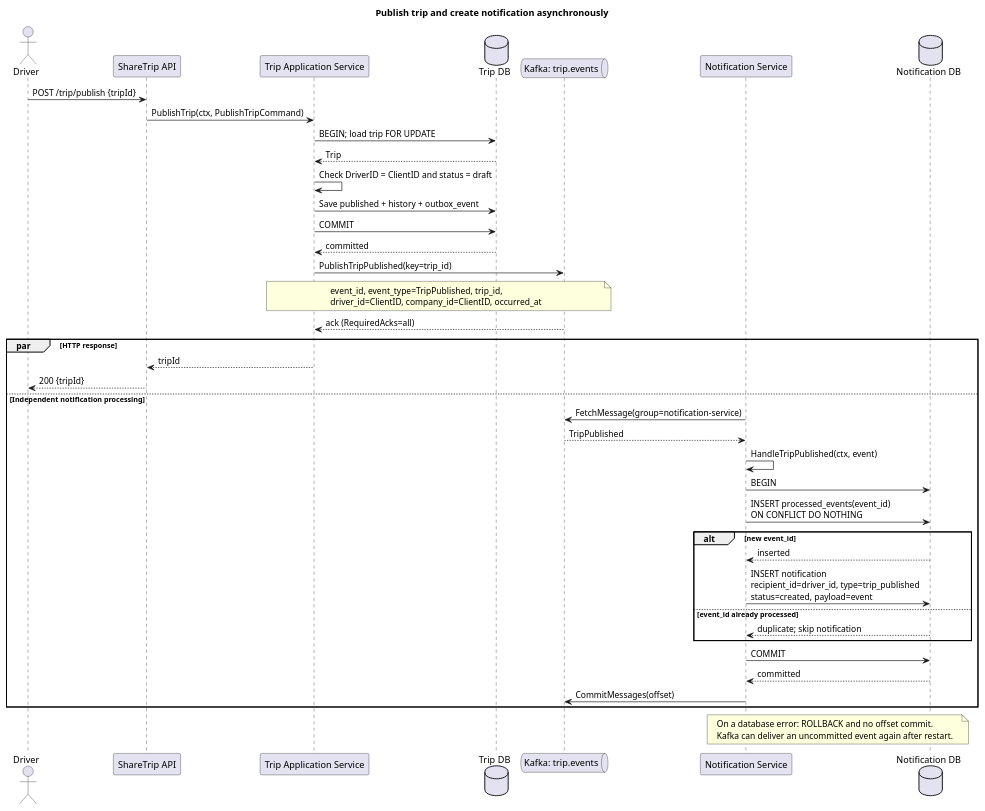
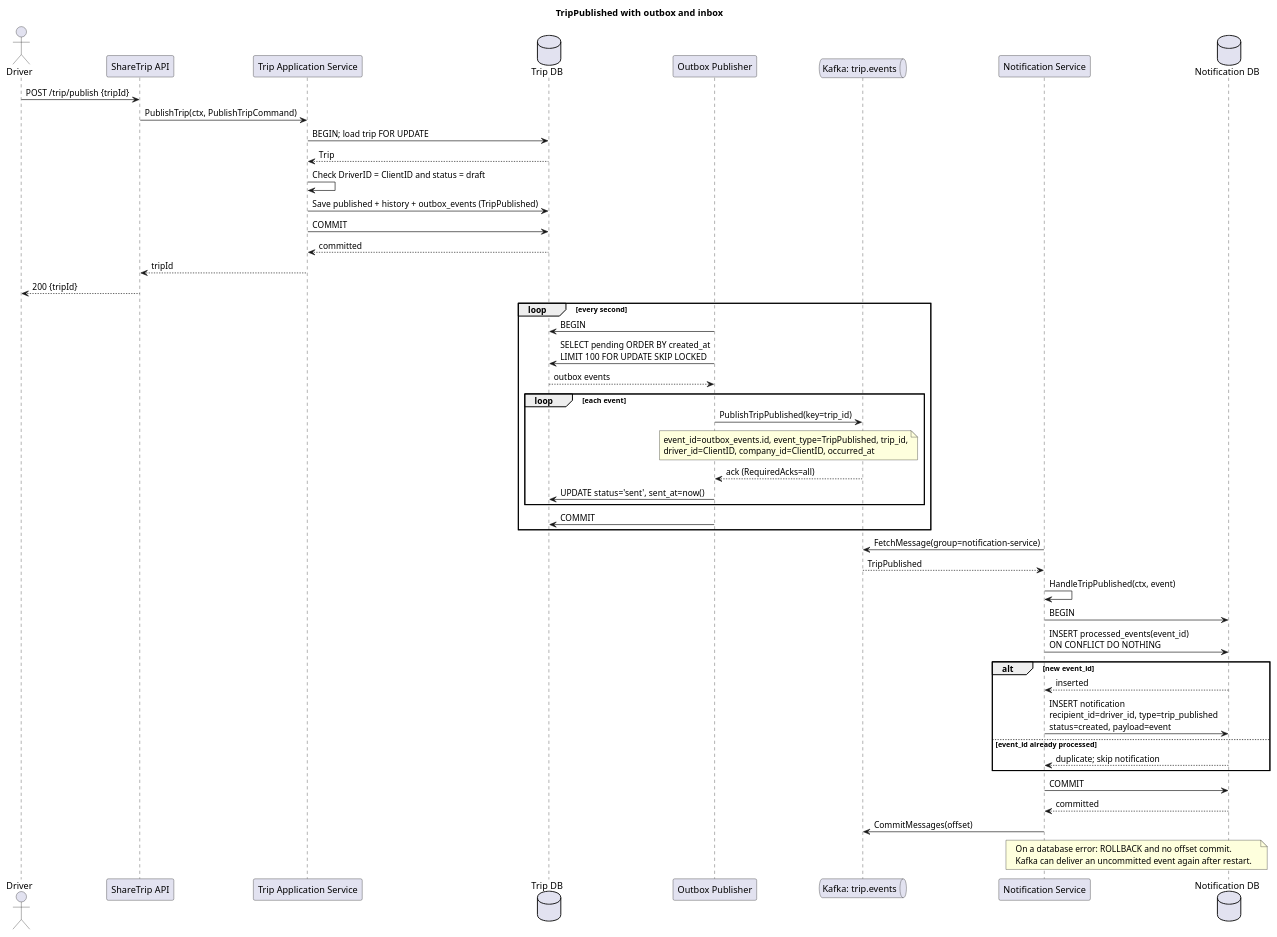
One commit to anton415/share_trip changed the diagram in docs/publish_trip.puml. Above: the diagram before and after it, drawn with PlantUML. The commit also changed 18 other files, not shown here.

Commit message:
Outbox Inbox Transaction [#505678]

```diff
--- a/docs/publish_trip.puml
+++ b/docs/publish_trip.puml
@@ -1,52 +1,60 @@
 @startuml
-title Publish trip and create notification asynchronously
+title TripPublished with outbox and inbox
 
 actor Driver
 participant "ShareTrip API" as API
 participant "Trip Application Service" as TripService
 database "Trip DB" as TripDB
+participant "Outbox Publisher" as Publisher
 queue "Kafka: trip.events" as Kafka
 participant "Notification Service" as Notification
 database "Notification DB" as NotificationDB
 
 Driver -> API: POST /trip/publish {tripId}
 API -> TripService: PublishTrip(ctx, PublishTripCommand)
 TripService -> TripDB: BEGIN; load trip FOR UPDATE
 TripDB --> TripService: Trip
 TripService -> TripService: Check DriverID = ClientID and status = draft
-TripService -> TripDB: Save published + history + outbox_event
+TripService -> TripDB: Save published + history + outbox_events (TripPublished)
 TripService -> TripDB: COMMIT
 TripDB --> TripService: committed
 
-TripService -> Kafka: PublishTripPublished(key=trip_id)
-note over TripService, Kafka
-  event_id, event_type=TripPublished, trip_id,
-  driver_id=ClientID, company_id=ClientID, occurred_at
-end note
-Kafka --> TripService: ack (RequiredAcks=all)
+TripService --> API: tripId
+API --> Driver: 200 {tripId}
 
-par HTTP response
-  TripService --> API: tripId
-  API --> Driver: 200 {tripId}
-else Independent notification processing
-  Notification -> Kafka: FetchMessage(group=notification-service)
-  Kafka --> Notification: TripPublished
-  Notification -> Notification: HandleTripPublished(ctx, event)
-  Notification -> NotificationDB: BEGIN
-  Notification -> NotificationDB: INSERT processed_events(event_id)\nON CONFLICT DO NOTHING
-  alt new event_id
-    NotificationDB --> Notification: inserted
-    Notification -> NotificationDB: INSERT notification\nrecipient_id=driver_id, type=trip_published\nstatus=created, payload=event
-  else event_id already processed
-    NotificationDB --> Notification: duplicate; skip notification
+loop every second
+  Publisher -> TripDB: BEGIN
+  Publisher -> TripDB: SELECT pending ORDER BY created_at\nLIMIT 100 FOR UPDATE SKIP LOCKED
+  TripDB --> Publisher: outbox events
+  loop each event
+    Publisher -> Kafka: PublishTripPublished(key=trip_id)
+    note over Publisher, Kafka
+      event_id=outbox_events.id, event_type=TripPublished, trip_id,
+      driver_id=ClientID, company_id=ClientID, occurred_at
+    end note
+    Kafka --> Publisher: ack (RequiredAcks=all)
+    Publisher -> TripDB: UPDATE status='sent', sent_at=now()
   end
-  Notification -> NotificationDB: COMMIT
-  NotificationDB --> Notification: committed
-  Notification -> Kafka: CommitMessages(offset)
+  Publisher -> TripDB: COMMIT
 end
+
+Notification -> Kafka: FetchMessage(group=notification-service)
+Kafka --> Notification: TripPublished
+Notification -> Notification: HandleTripPublished(ctx, event)
+Notification -> NotificationDB: BEGIN
+Notification -> NotificationDB: INSERT processed_events(event_id)\nON CONFLICT DO NOTHING
+alt new event_id
+  NotificationDB --> Notification: inserted
+  Notification -> NotificationDB: INSERT notification\nrecipient_id=driver_id, type=trip_published\nstatus=created, payload=event
+else event_id already processed
+  NotificationDB --> Notification: duplicate; skip notification
+end
+Notification -> NotificationDB: COMMIT
+NotificationDB --> Notification: committed
+Notification -> Kafka: CommitMessages(offset)
 
 note over Notification, NotificationDB
   On a database error: ROLLBACK and no offset commit.
   Kafka can deliver an uncommitted event again after restart.
 end note
 @enduml
```
